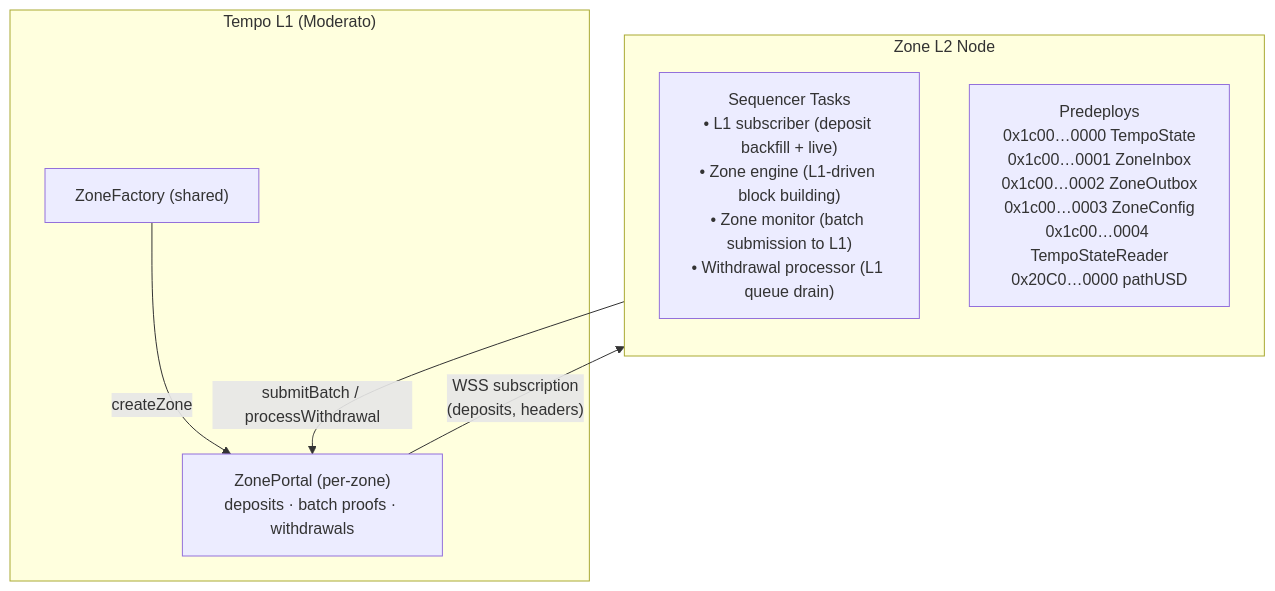
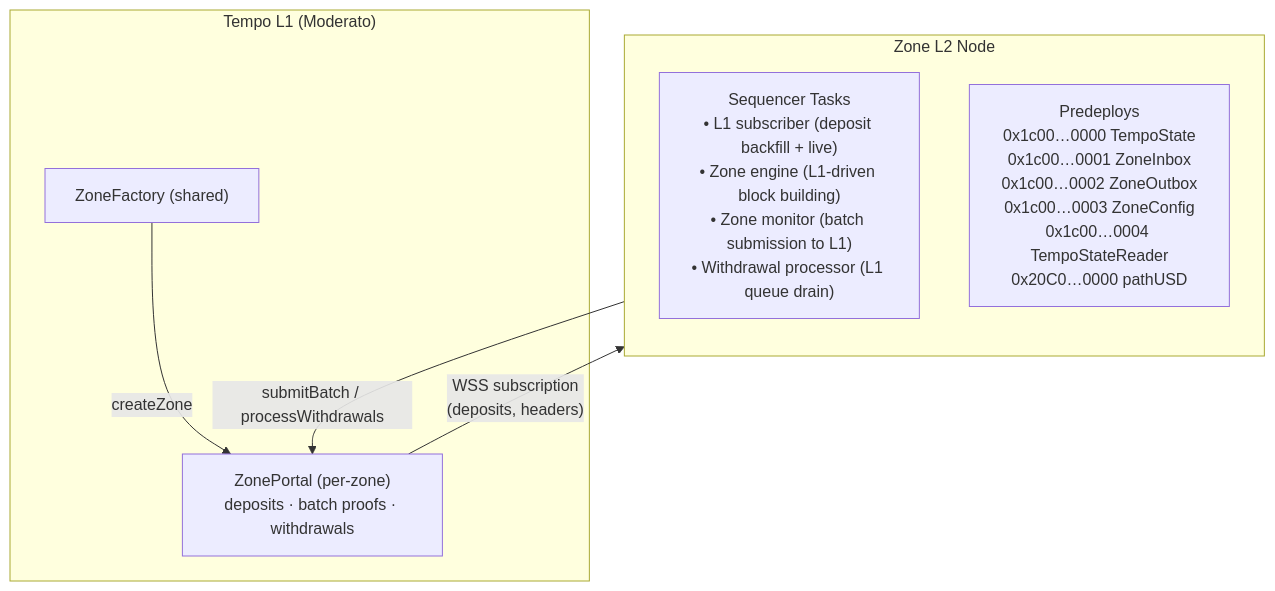
One commit to Dustin4444/zones changed the diagram in docs/ZONES.md. Above: the diagram before and after it, drawn with Mermaid. The commit also changed 18 other files, not shown here.

Commit message:
feat: batch portal withdrawals

````diff
--- a/docs/ZONES.md
+++ b/docs/ZONES.md
@@ -503,17 +503,17 @@
 ```mermaid
 graph TB
     subgraph L1["Tempo L1 (Moderato)"]
         Factory["ZoneFactory (shared)"]
         Portal["ZonePortal (per-zone)<br/>deposits · batch proofs · withdrawals"]
         Factory -->|createZone| Portal
     end
 
     subgraph L2["Zone L2 Node"]
         direction TB
         Tasks["Sequencer Tasks<br/>• L1 subscriber (deposit backfill + live)<br/>• Zone engine (L1-driven block building)<br/>• Zone monitor (batch submission to L1)<br/>• Withdrawal processor (L1 queue drain)"]
         Predeploys["Predeploys<br/>0x1c00…0000 TempoState<br/>0x1c00…0001 ZoneInbox<br/>0x1c00…0002 ZoneOutbox<br/>0x1c00…0003 ZoneConfig<br/>0x1c00…0004 TempoStateReader<br/>0x20C0…0000 pathUSD"]
     end
 
     Portal -- "WSS subscription<br/>(deposits, headers)" --> Tasks
-    Tasks -- "submitBatch / processWithdrawal" --> Portal
+    Tasks -- "submitBatch / processWithdrawals" --> Portal
 ```
````
